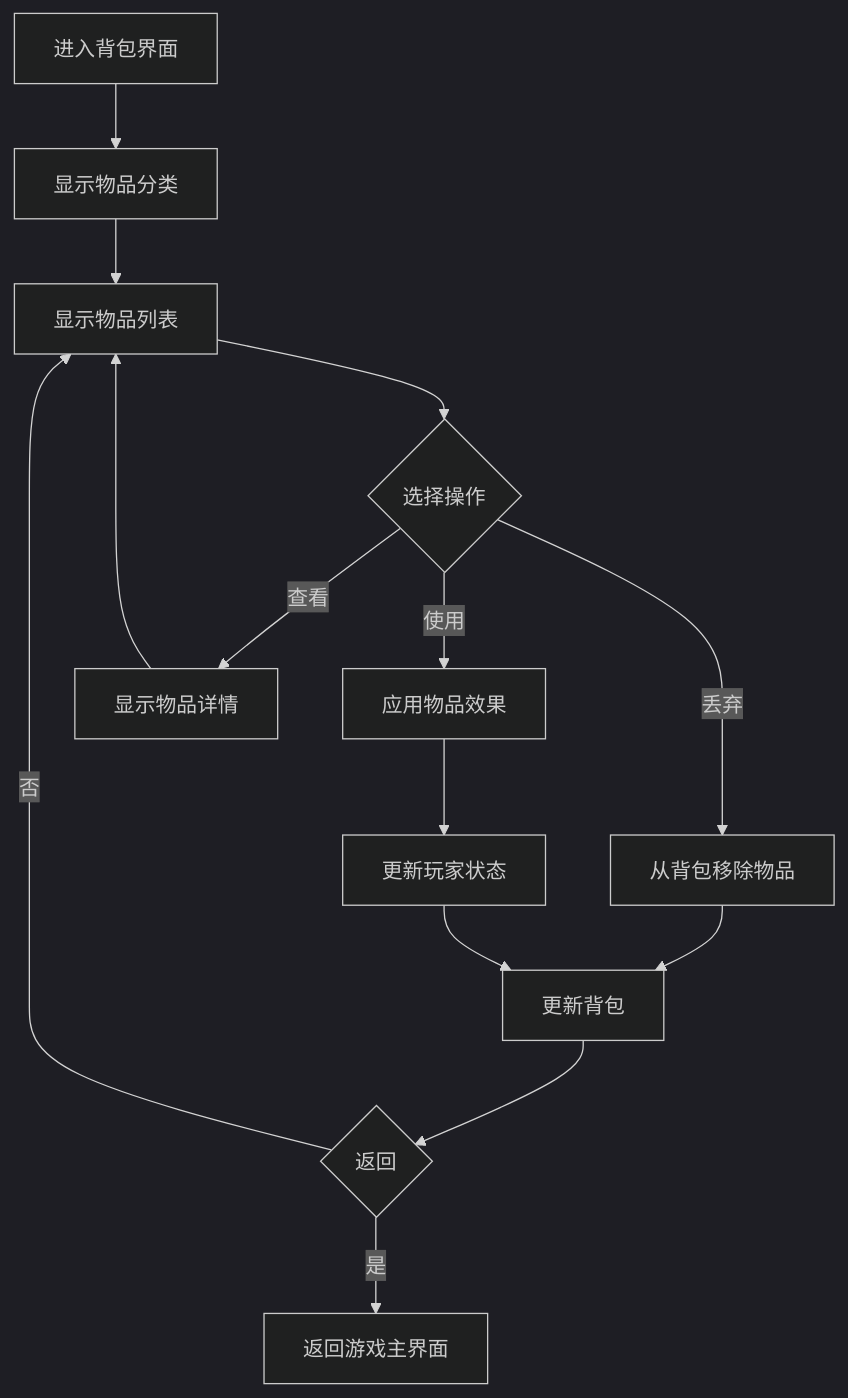
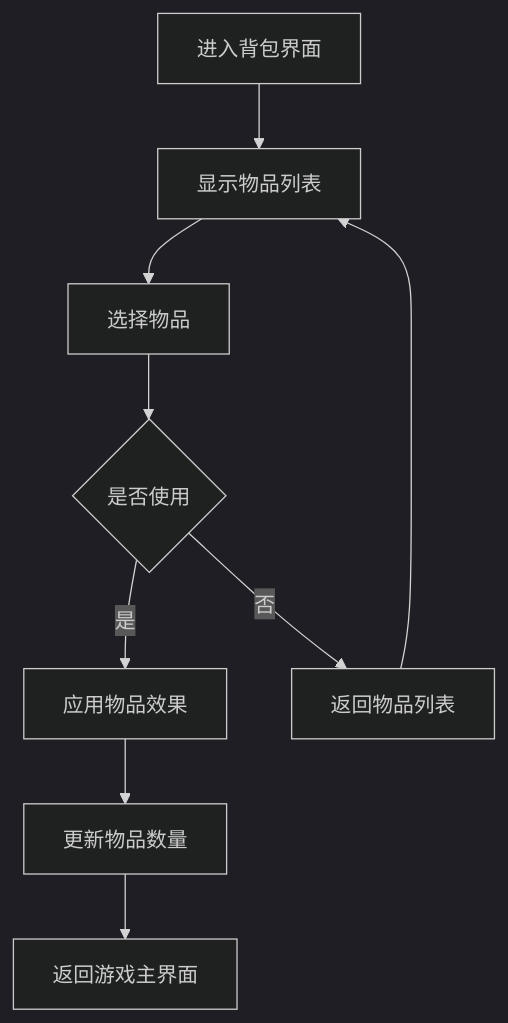
Before and after one commit to Trigger11/godot-game: the fourth of 7 diagrams in 游戏流程图.md, drawn with Mermaid (dark theme). The commit also changed other lines of this file and 27 other files, not shown here.

````diff
--- a/游戏流程图.md
+++ b/游戏流程图.md
@@ -118,16 +100,11 @@
 ```mermaid
 flowchart TD
-    A[进入背包界面] --> B[显示物品分类]
-    B --> C[显示物品列表]
-    C --> D{选择操作}
-    D -->|使用| E[应用物品效果]
-    D -->|查看| F[显示物品详情]
-    D -->|丢弃| G[从背包移除物品]
-    E --> H[更新玩家状态]
-    F --> C
-    G --> I[更新背包]
-    H --> I
-    I --> J{返回}
-    J -->|是| K[返回游戏主界面]
-    J -->|否| C
+    A[进入背包界面] --> B[显示物品列表]
+    B --> C[选择物品]
+    C --> D{是否使用}
+    D -->|是| E[应用物品效果]
+    D -->|否| F[返回物品列表]
+    E --> G[更新物品数量]
+    G --> H[返回游戏主界面]
+    F --> B
 ```
````
